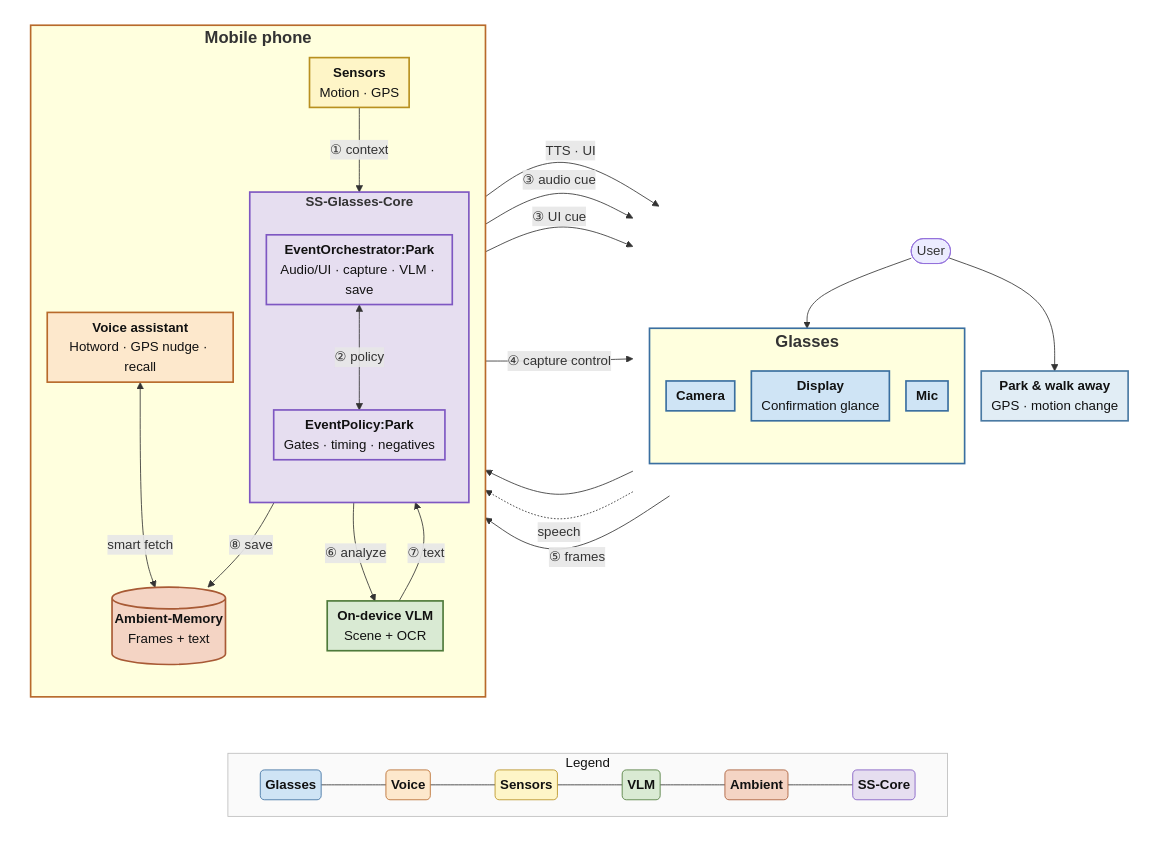
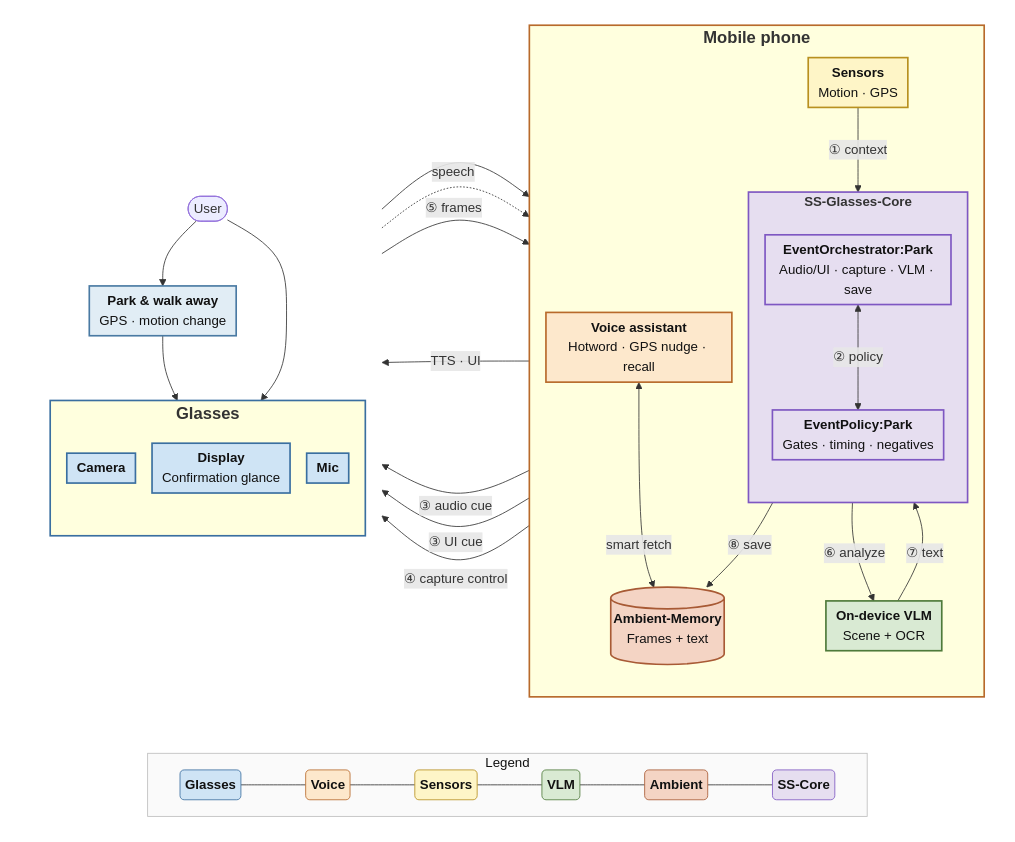
The diagram in tmp/idea2.md (penkesiva/wer-26), drawn with Mermaid before and after one commit.

Commit message:
docs(idea2): put Mobile left of Glasses, link park action to display

```diff
--- a/tmp/idea2.md
+++ b/tmp/idea2.md
@@ -9,18 +9,6 @@
 flowchart TB
     subgraph MainRow[" "]
         direction LR
-        subgraph GCol[" "]
-            direction TB
-            User([User])
-            ParkAction["<b>Park & walk away</b><br/>GPS · motion change"]
-            subgraph Glasses["<b><span style='font-size:20px'>Glasses</span></b>"]
-                direction TB
-                Cam["<b>Camera</b>"]
-                Display["<b>Display</b><br/>Confirmation glance"]
-                Mic["<b>Mic</b>"]
-            end
-        end
-
         subgraph Mobile["<b><span style='font-size:20px'>Mobile phone</span></b>"]
             direction TB
             VA["<b>Voice assistant</b><br/>Hotword · GPS nudge · recall"]
@@ -32,6 +20,18 @@
             end
             VLM["<b>On-device VLM</b><br/>Scene + OCR"]
             AMEM[("<b>Ambient-Memory</b><br/>Frames + text")]
+        end
+
+        subgraph GCol[" "]
+            direction TB
+            User([User])
+            ParkAction["<b>Park & walk away</b><br/>GPS · motion change"]
+            subgraph Glasses["<b><span style='font-size:20px'>Glasses</span></b>"]
+                direction TB
+                Cam["<b>Camera</b>"]
+                Display["<b>Display</b><br/>Confirmation glance"]
+                Mic["<b>Mic</b>"]
+            end
         end
     end
 
@@ -53,6 +53,7 @@
 
     User --> ParkAction
     ParkAction --> Sens
+    ParkAction --> Display
     Sens -->|"① context"| OrchCP
     OrchCP <-->|"② policy"| PolicyCP
     OrchCP -->|"③ audio cue"| Mic
```
